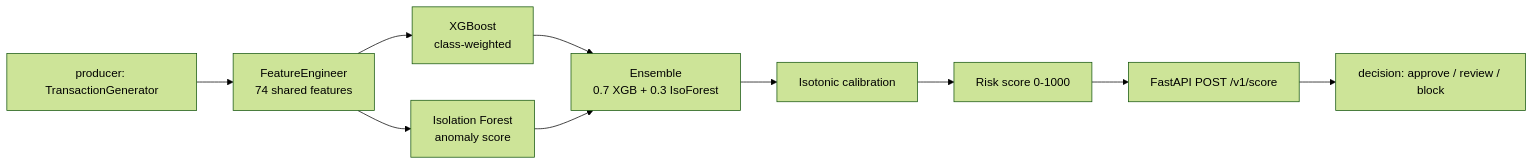
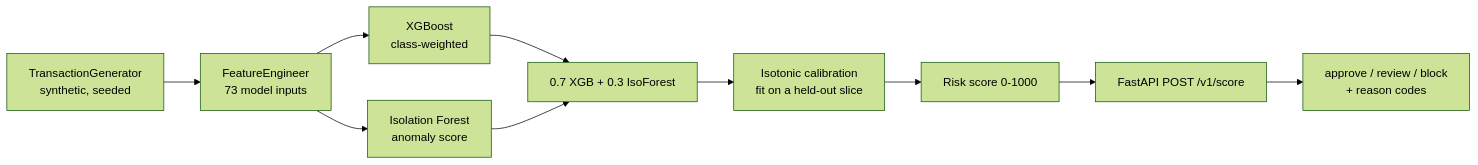
Before and after one commit to ikebude/MLOps-Fraud-Detection: the first of 2 diagrams in README.md, drawn with Mermaid (forest theme). The commit also changed other lines of this file, not shown here.

````diff
--- a/README.md
+++ b/README.md
@@ -44,12 +50,12 @@
 ```mermaid
 graph LR
-    A[producer: TransactionGenerator] --> B[FeatureEngineer<br/>74 shared features]
+    A[TransactionGenerator<br/>synthetic, seeded] --> B[FeatureEngineer<br/>73 model inputs]
     B --> C1[XGBoost<br/>class-weighted]
     B --> C2[Isolation Forest<br/>anomaly score]
-    C1 --> D[Ensemble<br/>0.7 XGB + 0.3 IsoForest]
+    C1 --> D[0.7 XGB + 0.3 IsoForest]
     C2 --> D
-    D --> E[Isotonic calibration]
+    D --> E[Isotonic calibration<br/>fit on a held-out slice]
     E --> F[Risk score 0-1000]
     F --> G[FastAPI POST /v1/score]
-    G --> H[decision: approve / review / block]
+    G --> H[approve / review / block<br/>+ reason codes]
 ```
````
